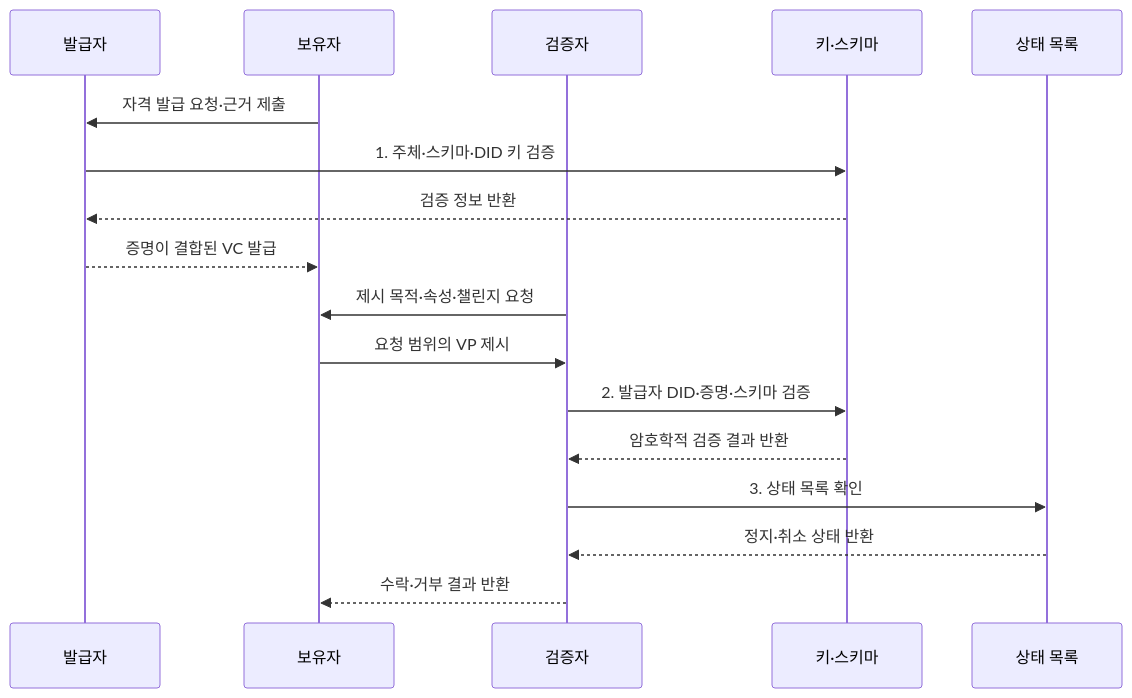
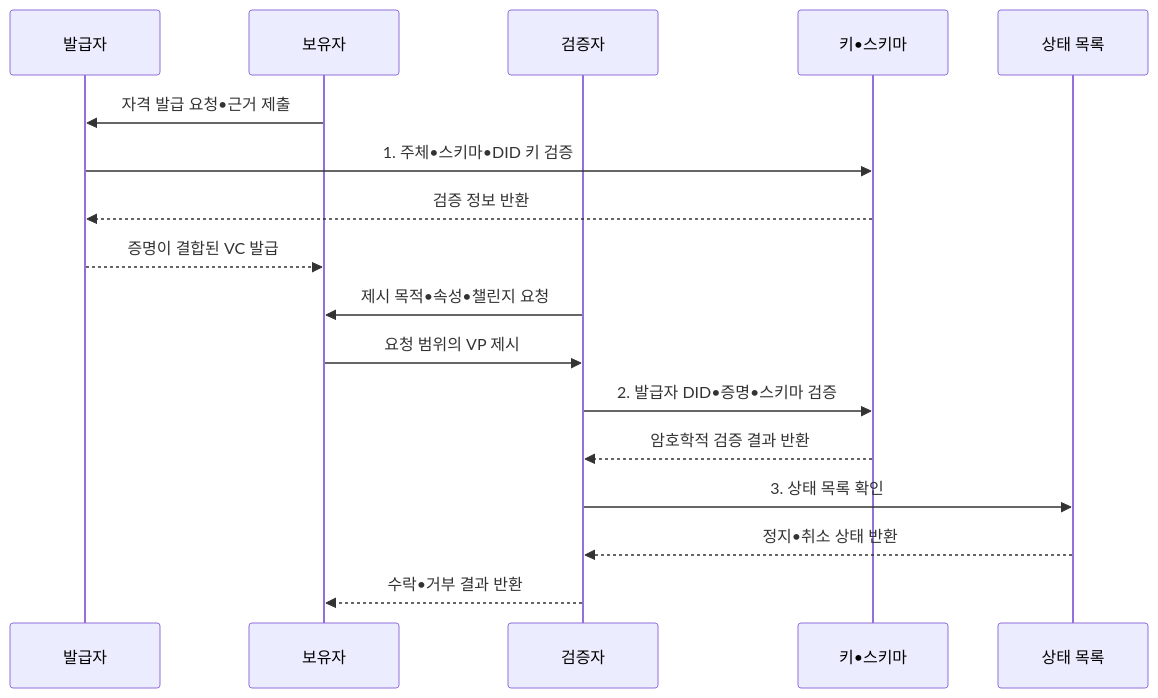
Before and after one commit to agnusdei1207/knowledge-base: the second of 2 diagrams in src/content/docs/notes/08-latest-tech/221_verifiable_credential.md, drawn with Mermaid. The commit also changed other lines of this file and 953 other files, not shown here.

````diff
--- a/src/content/docs/notes/08-latest-tech/221_verifiable_credential.md
+++ b/src/content/docs/notes/08-latest-tech/221_verifiable_credential.md
@@ -100,19 +100,19 @@
 ```mermaid
 sequenceDiagram
   participant I as 발급자
   participant H as 보유자
   participant V as 검증자
-  participant K as 키·스키마
+  participant K as 키•스키마
   participant S as 상태 목록
-  H->>I: 자격 발급 요청·근거 제출
-  I->>K: 1. 주체·스키마·DID 키 검증
+  H->>I: 자격 발급 요청•근거 제출
+  I->>K: 1. 주체•스키마•DID 키 검증
   K-->>I: 검증 정보 반환
   I-->>H: 증명이 결합된 VC 발급
-  V->>H: 제시 목적·속성·챌린지 요청
+  V->>H: 제시 목적•속성•챌린지 요청
   H->>V: 요청 범위의 VP 제시
-  V->>K: 2. 발급자 DID·증명·스키마 검증
+  V->>K: 2. 발급자 DID•증명•스키마 검증
   K-->>V: 암호학적 검증 결과 반환
   V->>S: 3. 상태 목록 확인
-  S-->>V: 정지·취소 상태 반환
-  V-->>H: 수락·거부 결과 반환
+  S-->>V: 정지•취소 상태 반환
+  V-->>H: 수락•거부 결과 반환
 ```
````
